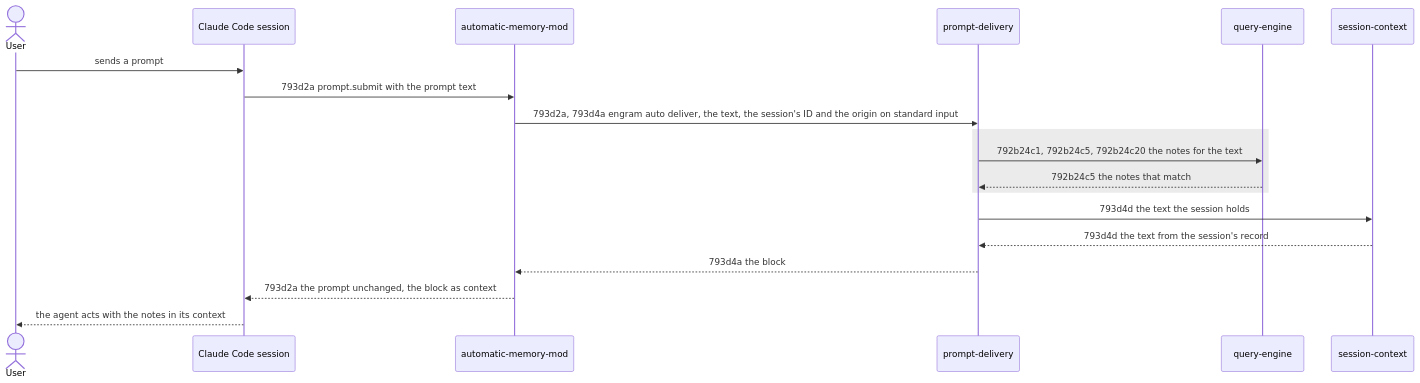
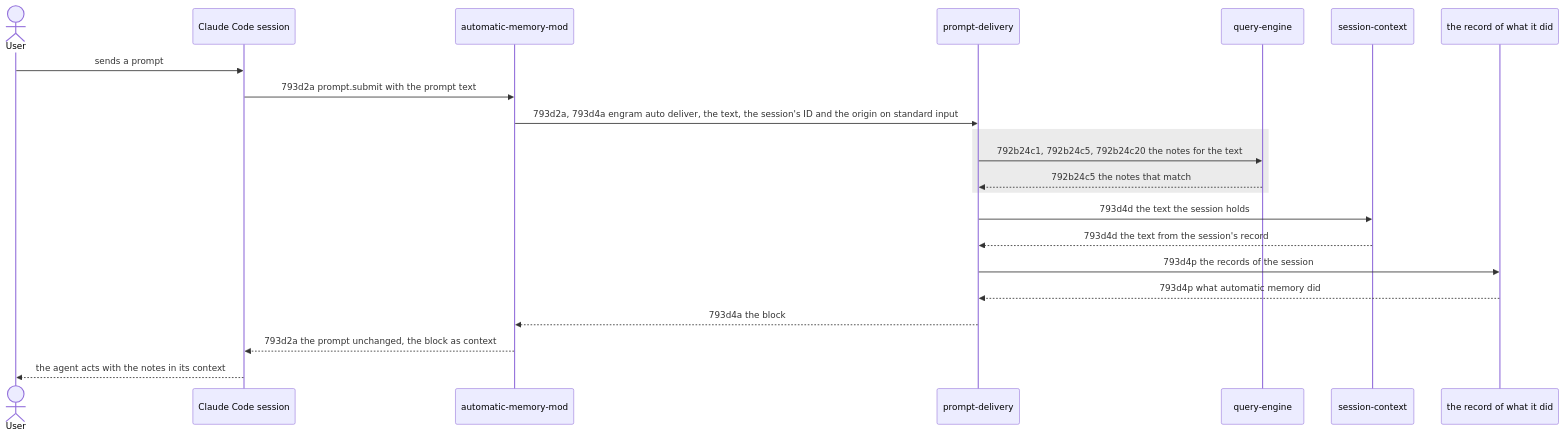
The first of 3 diagrams in docs/changes/793_automatic-memory/793d_technical-spec.md (toejough/engram), drawn with Mermaid before and after one commit. The commit also changed other lines of this file and 4 other files, not shown here.

First line of the commit message:
docs(793a,b,c,d,e): the user can see what it did - scenarios 793a2e1a to 793a2e1f

````diff
--- a/docs/changes/793_automatic-memory/793d_technical-spec.md
+++ b/docs/changes/793_automatic-memory/793d_technical-spec.md
@@ -21,22 +21,25 @@
 ```mermaid
 sequenceDiagram
     actor User
     participant Session as Claude Code session
     participant Mod as automatic-memory-mod
     participant Delivery as prompt-delivery
     participant Engine as query-engine
     participant Context as session-context
+    participant Records as the record of what it did
 
     User->>Session: sends a prompt
     Session->>Mod: 793d2a prompt.submit with the prompt text
     Mod->>Delivery: 793d2a, 793d4a engram auto deliver, the text, the session's ID and the origin on standard input
     rect rgb(235, 235, 235)
         Delivery->>Engine: 792b24c1, 792b24c5, 792b24c20 the notes for the text
         Engine-->>Delivery: 792b24c5 the notes that match
     end
     Delivery->>Context: 793d4d the text the session holds
     Context-->>Delivery: 793d4d the text from the session's record
+    Delivery->>Records: 793d4p the records of the session
+    Records-->>Delivery: 793d4p what automatic memory did
     Delivery-->>Mod: 793d4a the block
     Mod-->>Session: 793d2a the prompt unchanged, the block as context
     Session-->>User: the agent acts with the notes in its context
 ```
````
